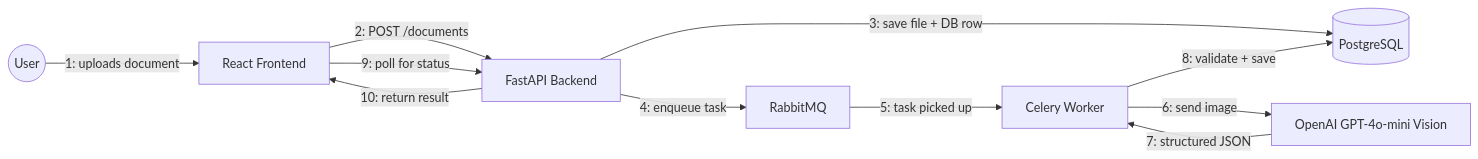
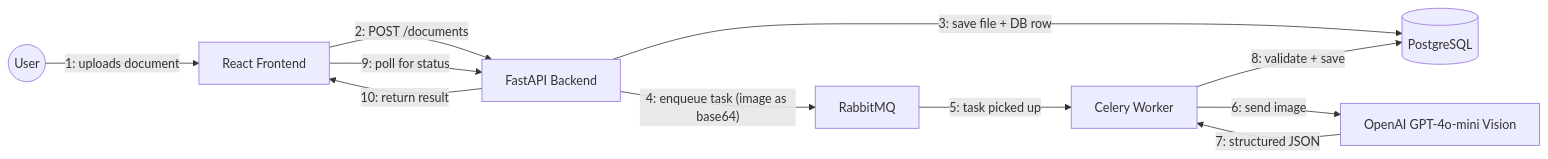
Before and after one commit to Nurillo1997/ai-document-extraction: the diagram in README.md, drawn with Mermaid. The commit also changed other lines of this file, not shown here.

````diff
--- a/README.md
+++ b/README.md
@@ -36,13 +36,13 @@
 ```mermaid
 flowchart LR
     User(("User")) -->|"1: uploads document"| FE["React Frontend"]
     FE -->|"2: POST /documents"| API["FastAPI Backend"]
     API -->|"3: save file + DB row"| DB[("PostgreSQL")]
-    API -->|"4: enqueue task"| MQ["RabbitMQ"]
+    API -->|"4: enqueue task (image as base64)"| MQ["RabbitMQ"]
     MQ -->|"5: task picked up"| Worker["Celery Worker"]
     Worker -->|"6: send image"| LLM["OpenAI GPT-4o-mini Vision"]
     LLM -->|"7: structured JSON"| Worker
     Worker -->|"8: validate + save"| DB
     FE -->|"9: poll for status"| API
     API -->|"10: return result"| FE
 ```
````
